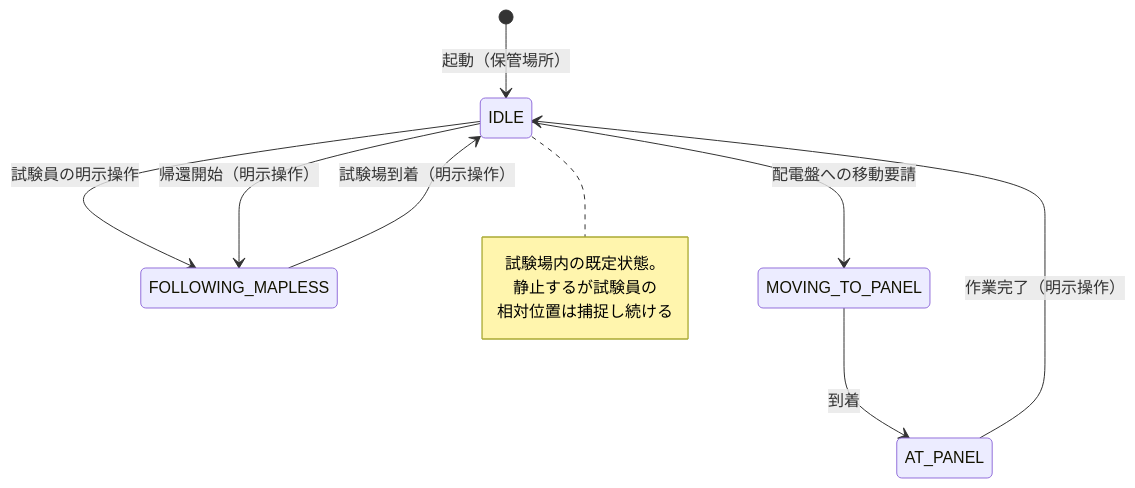
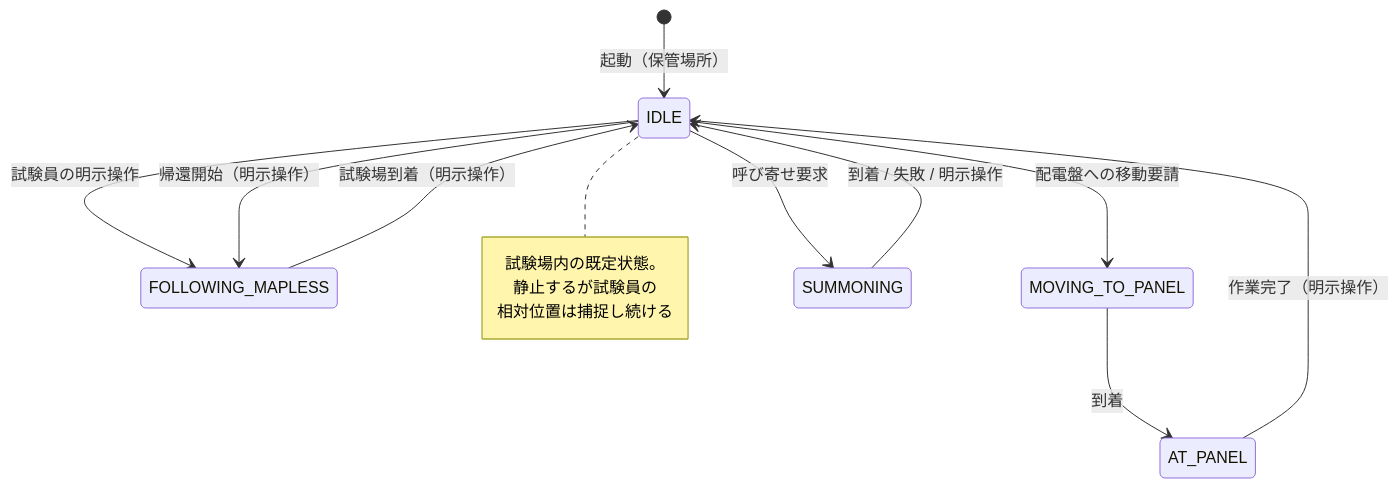
Before and after one commit to TAKA-MEER/th-system: the diagram in VISION.md, drawn with Mermaid. The commit also changed other lines of this file and 20 other files, not shown here.

First line of the commit message:
feat: 実機SLAM走行を修復し呼び寄せ・地図作成開始停止UIを追加

````diff
--- a/VISION.md
+++ b/VISION.md
@@ -33,15 +33,17 @@
 ```mermaid
 stateDiagram-v2
     [*] --> IDLE : 起動（保管場所）
     IDLE --> FOLLOWING_MAPLESS : 試験員の明示操作
     FOLLOWING_MAPLESS --> IDLE : 試験場到着（明示操作）
     IDLE --> MOVING_TO_PANEL : 配電盤への移動要請
     MOVING_TO_PANEL --> AT_PANEL : 到着
     AT_PANEL --> IDLE : 作業完了（明示操作）
     IDLE --> FOLLOWING_MAPLESS : 帰還開始（明示操作）
+    IDLE --> SUMMONING : 呼び寄せ要求
+    SUMMONING --> IDLE : 到着 / 失敗 / 明示操作
     note right of IDLE
         試験場内の既定状態。
         静止するが試験員の
         相対位置は捕捉し続ける
     end note
 ```
````
